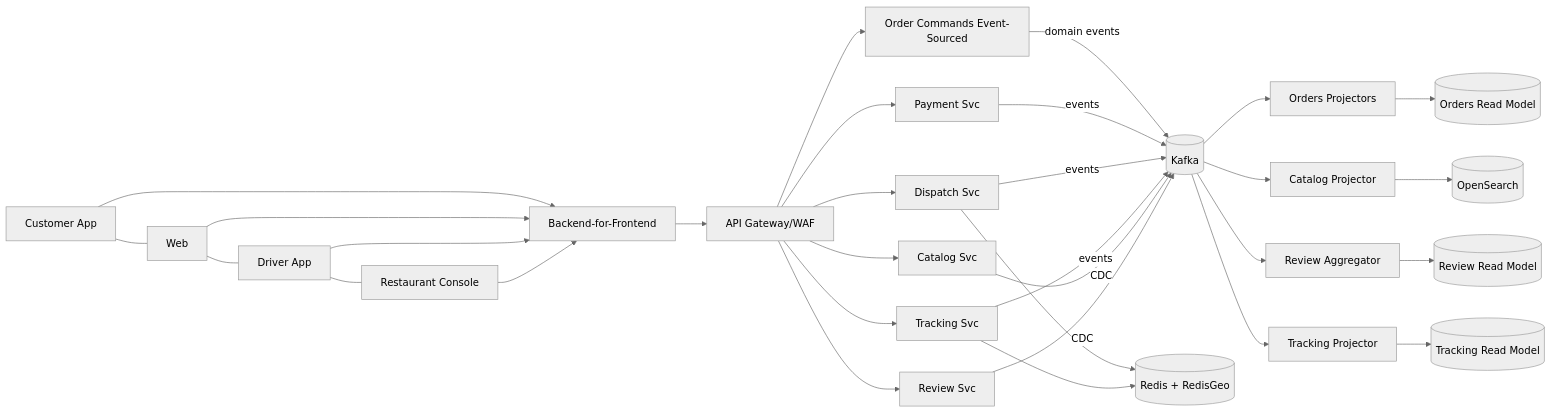
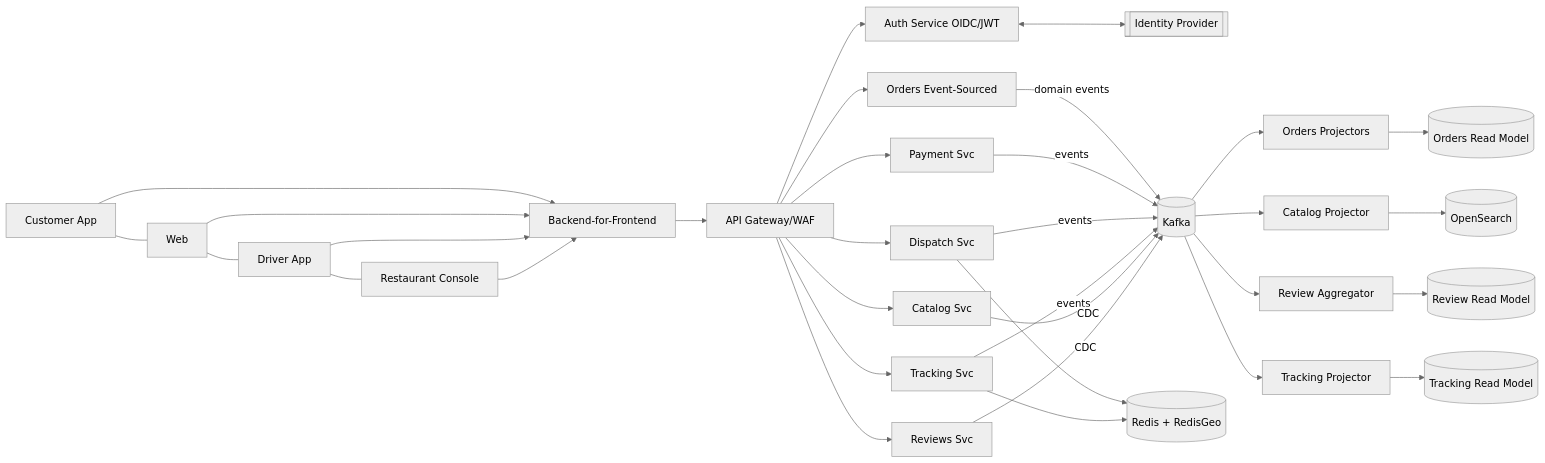
Before and after one commit to aumashankar/food-delivery-system: the first of 2 diagrams in README.md, drawn with Mermaid (neutral theme). The commit also changed other lines of this file, not shown here.

Commit message:
README - update context diagram

````diff
--- a/README.md
+++ b/README.md
@@ -27,37 +27,39 @@
 ```mermaid
-
 flowchart LR
+%% Clients & Edge
     C[Customer App] --- W[Web] --- D[Driver App] --- R[Restaurant Console]
     C & W & D & R --> BFF[Backend-for-Frontend]
     BFF --> GW[API Gateway/WAF]
+    GW --> AUTH[Auth Service OIDC/JWT]
+AUTH <--> IDP[[Identity Provider]]
 
-    GW --> ORD[Order Commands Event-Sourced]
+%% Core services (behind gateway)
+GW --> ORD[Orders Event-Sourced]
 GW --> PAY[Payment Svc]
 GW --> DSP[Dispatch Svc]
 GW --> TRK[Tracking Svc]
 GW --> CAT[Catalog Svc]
-GW --> REV[Review Svc]
+GW --> REV[Reviews Svc]
 
+%% Event backbone
 K[(Kafka)]
+%% Domain events (intent)
 ORD -- domain events --> K
 PAY -- events --> K
 DSP -- events --> K
 TRK -- events --> K
+%% CDC streams (state change)
 CAT -- CDC --> K
 REV -- CDC --> K
 
-PROJ_ORD[Orders Projectors] --> ORD_PROJ[(Orders Read Model)]
-PROJ_CAT[Catalog Projector] --> OSE[(OpenSearch)]
-PROJ_REV[Review Aggregator] --> REV_PROJ[(Review Read Model)]
-PROJ_TRK[Tracking Projector] --> TRK_PROJ[(Tracking Read Model)]
+%% Projections / read models
+K --> PROJ_ORD[Orders Projectors] --> ORD_PROJ[(Orders Read Model)]
+K --> PROJ_CAT[Catalog Projector] --> OSE[(OpenSearch)]
+K --> PROJ_REV[Review Aggregator] --> REV_PROJ[(Review Read Model)]
+K --> PROJ_TRK[Tracking Projector] --> TRK_PROJ[(Tracking Read Model)]
 
-K --> PROJ_ORD
-K --> PROJ_CAT
-K --> PROJ_REV
-K --> PROJ_TRK
-
+%% Low-latency stores
 DSP --> REDIS[(Redis + RedisGeo)]
 TRK --> REDIS
 
-
 ```
````
